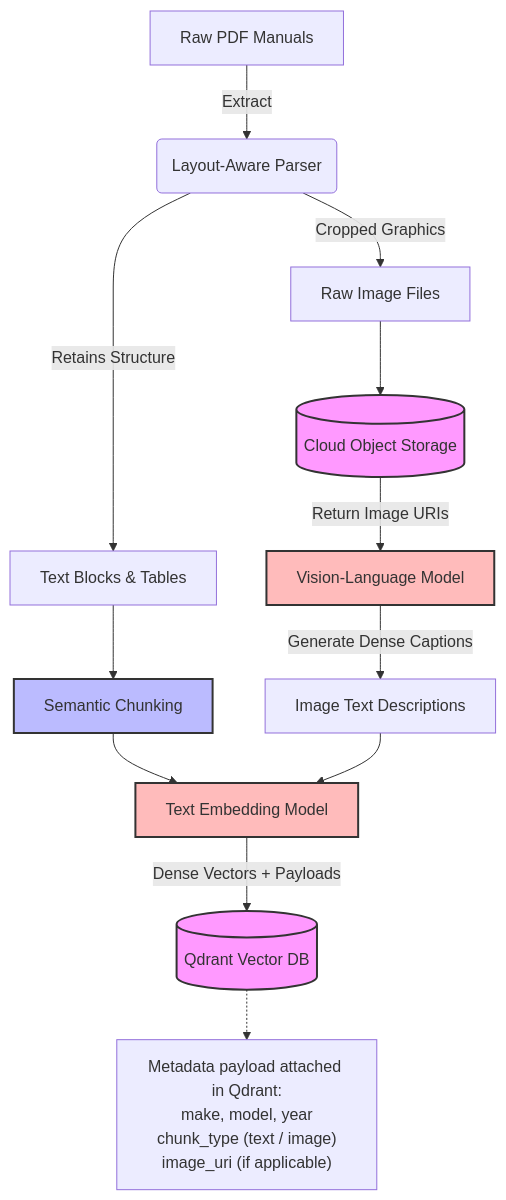
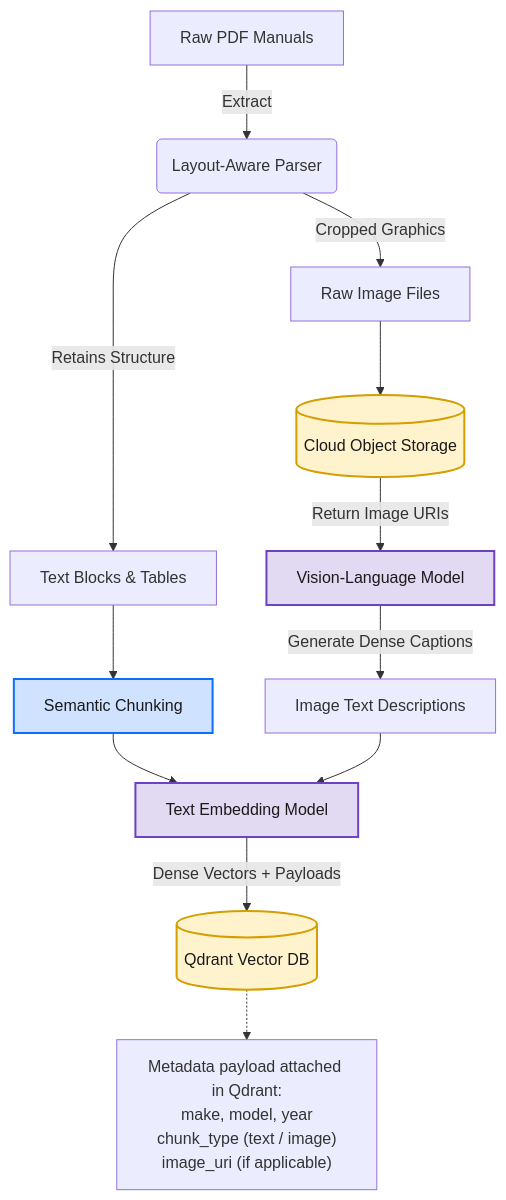
Before and after one commit to swaraj123822/Auto-M-RAG: the first of 3 diagrams in ARCHITECTURE.md, drawn with Mermaid. The commit also changed other lines of this file and 1 other file, not shown here.

Commit message:
refactor: update mermaid diagram styles for consistency and clarity

````diff
--- a/ARCHITECTURE.md
+++ b/ARCHITECTURE.md
@@ -44,27 +44,27 @@
 ```mermaid
 graph TD
     %% Styling
-    classDef storage fill:#f9f,stroke:#333,stroke-width:2px;
-    classDef process fill:#bbf,stroke:#333,stroke-width:2px;
-    classDef model fill:#fbb,stroke:#333,stroke-width:2px;
+    classDef storage fill:#fff3cd,stroke:#d39e00,stroke-width:2px,color:#1a1a1a;
+    classDef process fill:#cfe2ff,stroke:#0d6efd,stroke-width:2px,color:#1a1a1a;
+    classDef model fill:#e2d9f3,stroke:#6f42c1,stroke-width:2px,color:#1a1a1a;
 
     %% Nodes
     A["Raw PDF Manuals"] -->|Extract| B("Layout-Aware Parser")
     B -->|Retains Structure| C["Text Blocks & Tables"]
     B -->|Cropped Graphics| D["Raw Image Files"]
 
     C --> E["Semantic Chunking"]:::process
 
     D --> F[("Cloud Object Storage")]:::storage
     F -->|Return Image URIs| G["Vision-Language Model"]:::model
     G -->|Generate Dense Captions| H["Image Text Descriptions"]
 
     E --> I["Text Embedding Model"]:::model
     H --> I
 
     I -->|Dense Vectors + Payloads| J[("Qdrant Vector DB")]:::storage
 
     %% Annotations
     note1["Metadata payload attached in Qdrant:<br/>make, model, year<br/>chunk_type (text / image)<br/>image_uri (if applicable)"]
     J -.-> note1
 ```
````
